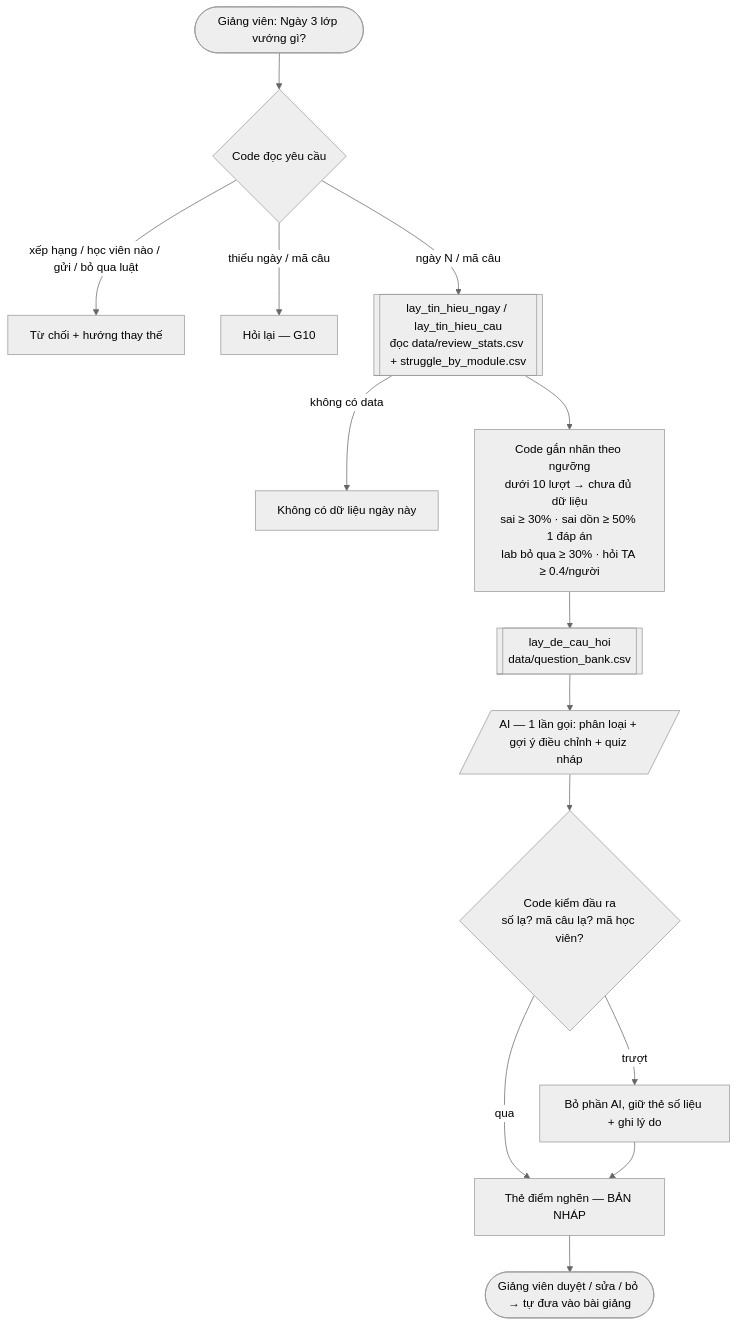
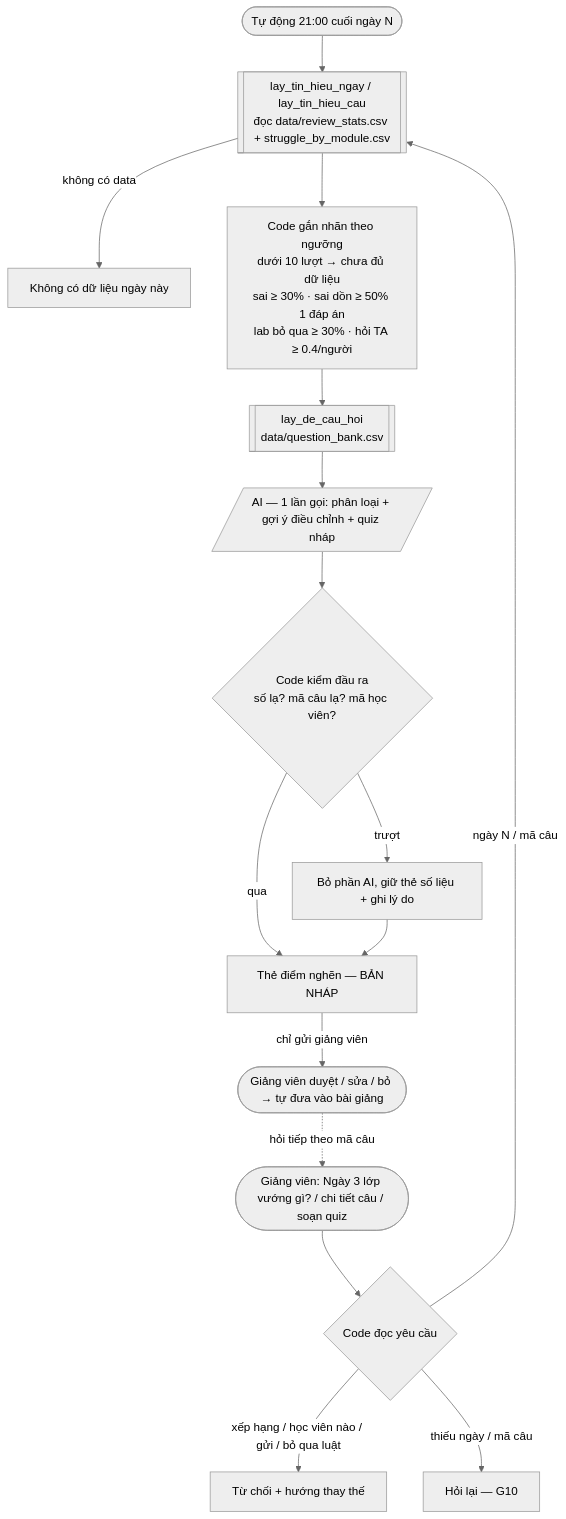
Before and after one commit to Ishodayo/K5-Day15-L3B-AI4FUN: the diagram in spec.md, drawn with Mermaid (neutral theme). The commit also changed other lines of this file and 1 other file, not shown here.

Commit message:
Chốt chuẩn đạt và metric tại CP2; spec §4 thêm lượt tự động gửi giảng viên và việc tiếp theo

````diff
--- a/spec.md
+++ b/spec.md
@@ -40,16 +42,18 @@
 ```mermaid
 flowchart TD
-  GV(["Giảng viên: Ngày 3 lớp vướng gì?"]) --> P{Code đọc yêu cầu}
+  AUTO(["Tự động 21:00 cuối ngày N"]) --> T1
+  GV(["Giảng viên: Ngày 3 lớp vướng gì? / chi tiết câu / soạn quiz"]) --> P{Code đọc yêu cầu}
   P -- "xếp hạng / học viên nào / gửi / bỏ qua luật" --> TC[Từ chối + hướng thay thế]
   P -- "thiếu ngày / mã câu" --> HL[Hỏi lại — G10]
   P -- "ngày N / mã câu" --> T1[[lay_tin_hieu_ngay / lay_tin_hieu_cau<br/>đọc data/review_stats.csv + struggle_by_module.csv]]
   T1 -- "không có data" --> KD[Không có dữ liệu ngày này]
   T1 --> G[Code gắn nhãn theo ngưỡng<br/>dưới 10 lượt → chưa đủ dữ liệu<br/>sai ≥ 30% · sai dồn ≥ 50% 1 đáp án<br/>lab bỏ qua ≥ 30% · hỏi TA ≥ 0.4/người]
   G --> T2[[lay_de_cau_hoi<br/>data/question_bank.csv]]
   T2 --> AI[/AI — 1 lần gọi: phân loại + gợi ý điều chỉnh + quiz nháp/]
   AI --> K{Code kiểm đầu ra<br/>số lạ? mã câu lạ? mã học viên?}
   K -- trượt --> BO[Bỏ phần AI, giữ thẻ số liệu + ghi lý do]
   K -- qua --> THE[Thẻ điểm nghẽn — BẢN NHÁP]
   BO --> THE
-  THE --> DUYET([Giảng viên duyệt / sửa / bỏ → tự đưa vào bài giảng])
+  THE -- "chỉ gửi giảng viên" --> DUYET([Giảng viên duyệt / sửa / bỏ → tự đưa vào bài giảng])
+  DUYET -. "hỏi tiếp theo mã câu" .-> GV
 ```
````
